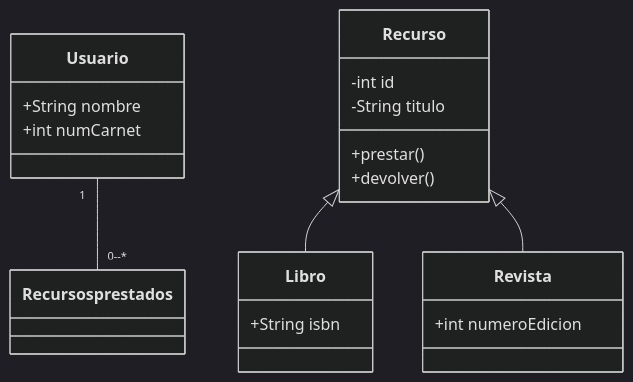
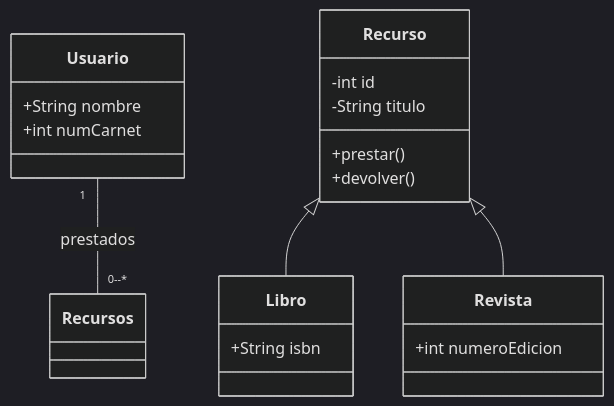
One commit to abelcm2001/Bateria_de_ejercicios changed the sixth of 6 diagrams in README.md. Above: the diagram before and after it, drawn with Mermaid (dark theme).

Commit message:
Fix formatting of relationship description in README

````diff
--- a/README.md
+++ b/README.md
@@ -107,30 +107,30 @@
 ```mermaid
 
 classDiagram
     
     class Usuario {
     +String nombre
     +int numCarnet
     }
 
     class Recurso {
     -int id
     -String titulo
     +prestar()
     +devolver()
     }
 
     class Libro {
     +String isbn
     }
 
     class Revista {
     +int numeroEdicion
     }
 
     Recurso <|-- Libro
     Recurso <|-- Revista
-    Usuario "1" -- "0--*" Recursos prestados
+    Usuario "1" -- "0--*" Recursos : prestados
  
 
 ```
````
